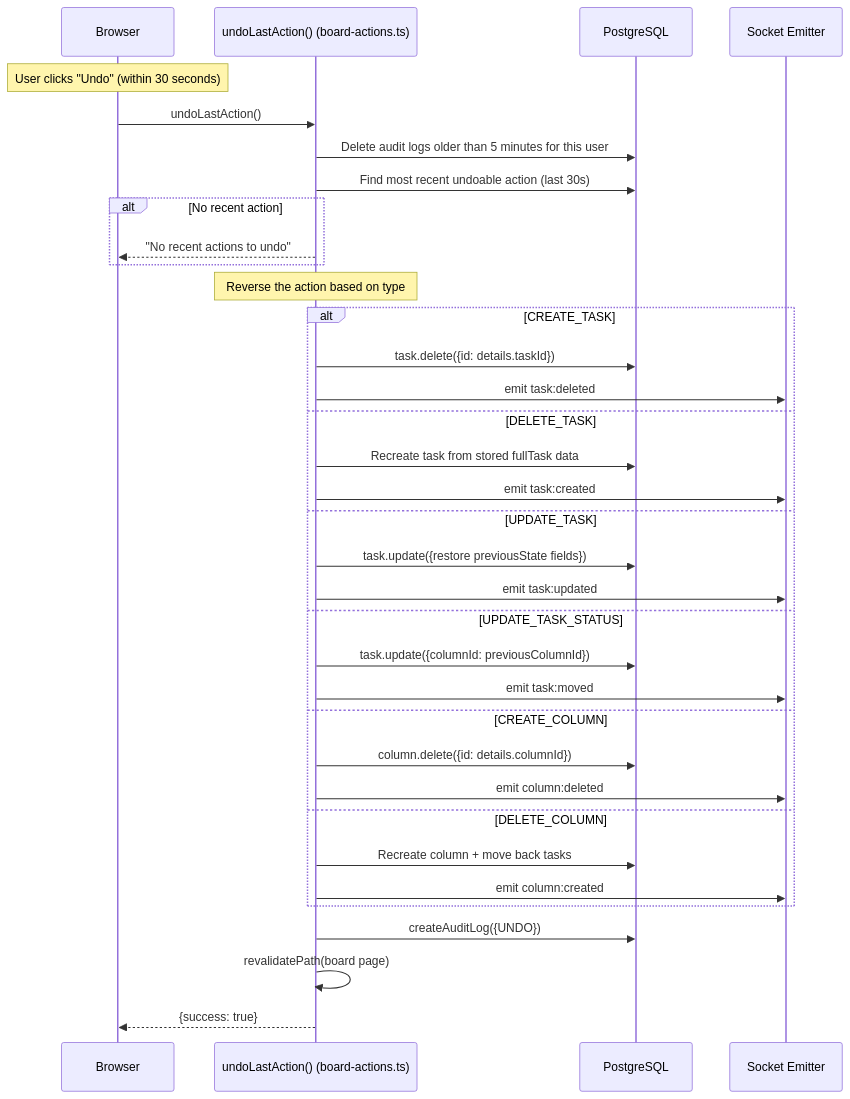
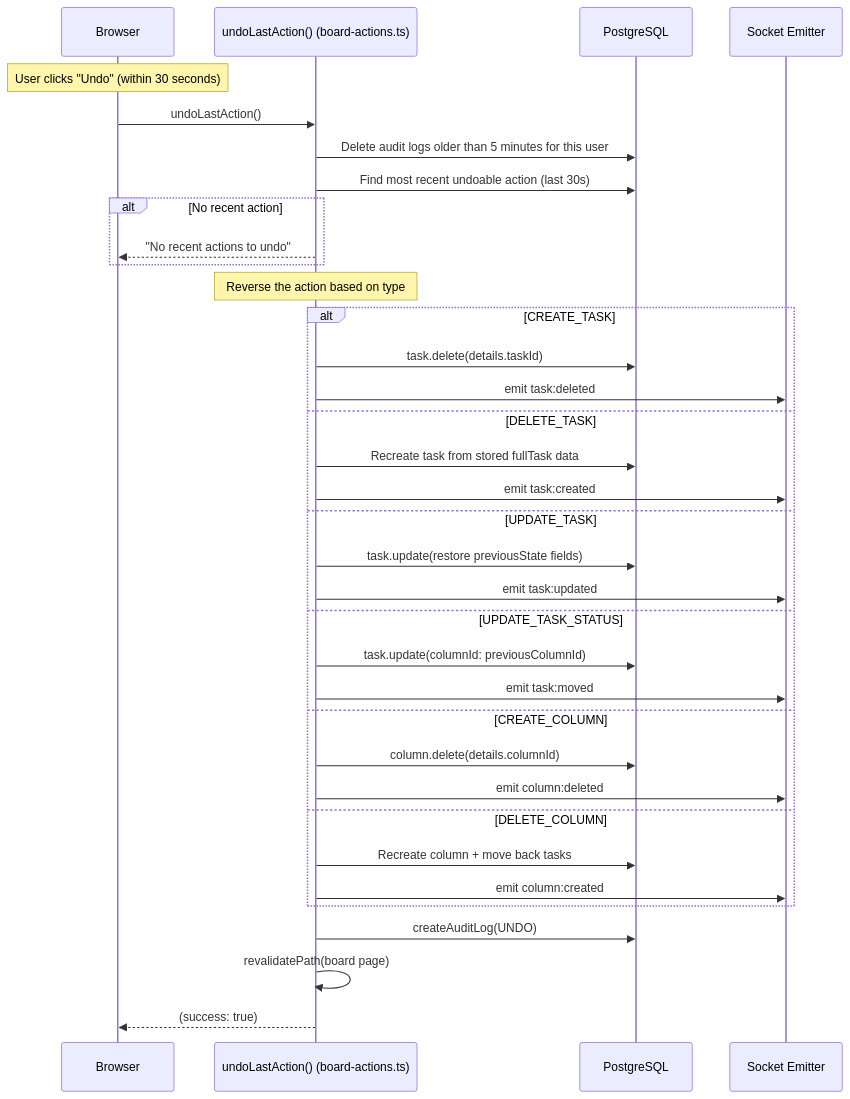
Before and after one commit to asefahmed500/Smart-Task-App_IIT_DU_Final_Project: the seventh of 7 diagrams in docs/04-board-management.md, drawn with Mermaid. The commit also changed other lines of this file and 9 other files, not shown here.

Commit message:
fix: update AGENTS.md with Vercel deployment notes and additional mermaid cleanups

````diff
--- a/docs/04-board-management.md
+++ b/docs/04-board-management.md
@@ -197,42 +197,42 @@
 ```mermaid
 sequenceDiagram
     participant Browser
     participant Action as undoLastAction() (board-actions.ts)
     participant DB as PostgreSQL
     participant Socket as Socket Emitter
 
     Note over Browser: User clicks "Undo" (within 30 seconds)
 
     Browser->>Action: undoLastAction()
     Action->>DB: Delete audit logs older than 5 minutes for this user
     Action->>DB: Find most recent undoable action (last 30s)
     alt No recent action
         Action-->>Browser: "No recent actions to undo"
     end
 
     Note over Action: Reverse the action based on type
 
     alt CREATE_TASK
-        Action->>DB: task.delete({id: details.taskId})
+        Action->>DB: task.delete(details.taskId)
         Action->>Socket: emit task:deleted
     else DELETE_TASK
         Action->>DB: Recreate task from stored fullTask data
         Action->>Socket: emit task:created
     else UPDATE_TASK
-        Action->>DB: task.update({restore previousState fields})
+        Action->>DB: task.update(restore previousState fields)
         Action->>Socket: emit task:updated
     else UPDATE_TASK_STATUS
-        Action->>DB: task.update({columnId: previousColumnId})
+        Action->>DB: task.update(columnId: previousColumnId)
         Action->>Socket: emit task:moved
     else CREATE_COLUMN
-        Action->>DB: column.delete({id: details.columnId})
+        Action->>DB: column.delete(details.columnId)
         Action->>Socket: emit column:deleted
     else DELETE_COLUMN
         Action->>DB: Recreate column + move back tasks
         Action->>Socket: emit column:created
     end
 
-    Action->>DB: createAuditLog({UNDO})
+    Action->>DB: createAuditLog(UNDO)
     Action->>Action: revalidatePath(board page)
-    Action-->>Browser: {success: true}
+    Action-->>Browser: (success: true)
 ```
````
